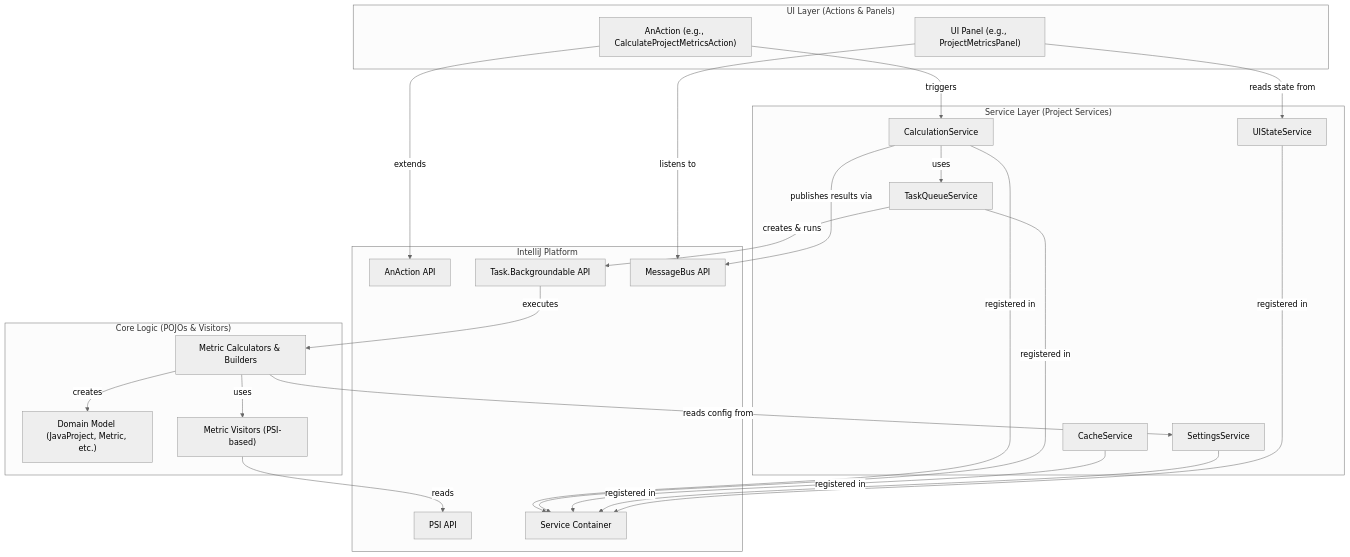
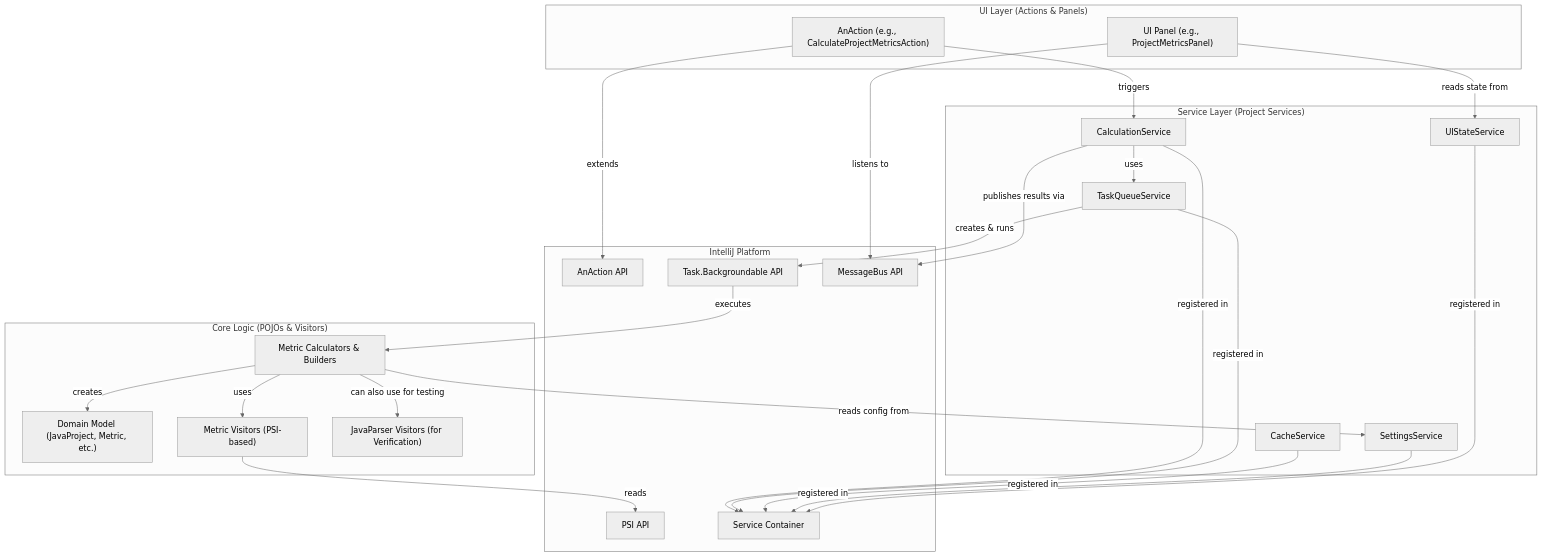
One commit to b333vv/metricstree changed the diagram in docs/architecture/arch_spec.md. Above: the diagram before and after it, drawn with Mermaid (neutral theme). The commit also changed other lines of this file, not shown here.

Commit message:
Arch spec refinment

````diff
--- a/docs/architecture/arch_spec.md
+++ b/docs/architecture/arch_spec.md
@@ -20,48 +20,50 @@
 ```mermaid
 graph TD
     subgraph "UI Layer (Actions & Panels)"
         UI_Action["AnAction (e.g., CalculateProjectMetricsAction)"]
         UI_Panel["UI Panel (e.g., ProjectMetricsPanel)"]
     end
 
     subgraph "Service Layer (Project Services)"
         S_Calculation["CalculationService"]
         S_TaskQueue["TaskQueueService"]
         S_Cache["CacheService"]
         S_Settings["SettingsService"]
         S_UIState["UIStateService"]
     end
 
     subgraph "Core Logic (POJOs & Visitors)"
         Core_Calculator["Metric Calculators & Builders"]
         Core_Model["Domain Model (JavaProject, Metric, etc.)"]
-        Core_Visitor["Metric Visitors (PSI-based)"]
+        Core_Visitor_PSI["Metric Visitors (PSI-based)"]
+        Core_Visitor_JP["JavaParser Visitors (for Verification)"]
     end
 
     subgraph "IntelliJ Platform"
         Platform_AnAction["AnAction API"]
         Platform_Backgroundable["Task.Backgroundable API"]
         Platform_MessageBus["MessageBus API"]
         Platform_PSI["PSI API"]
         Platform_Service["Service Container"]
     end
 
     UI_Action -- triggers --> S_Calculation
     S_Calculation -- uses --> S_TaskQueue
     S_TaskQueue -- creates & runs --> Platform_Backgroundable
     Platform_Backgroundable -- executes --> Core_Calculator
-    Core_Calculator -- uses --> Core_Visitor
-    Core_Visitor -- reads --> Platform_PSI
+    Core_Calculator -- uses --> Core_Visitor_PSI
+    Core_Visitor_PSI -- reads --> Platform_PSI
+    Core_Calculator -- can also use for testing --> Core_Visitor_JP
     Core_Calculator -- creates --> Core_Model
     Core_Calculator -- reads config from --> S_Settings
     S_Calculation -- publishes results via --> Platform_MessageBus
     UI_Panel -- listens to --> Platform_MessageBus
     UI_Panel -- reads state from --> S_UIState
     
     UI_Action -- extends --> Platform_AnAction
     S_Calculation -- registered in --> Platform_Service
     S_TaskQueue -- registered in --> Platform_Service
     S_Cache -- registered in --> Platform_Service
     S_Settings -- registered in --> Platform_Service
     S_UIState -- registered in --> Platform_Service
 ```
````
